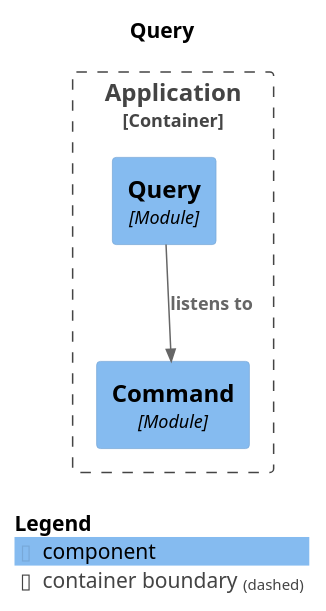
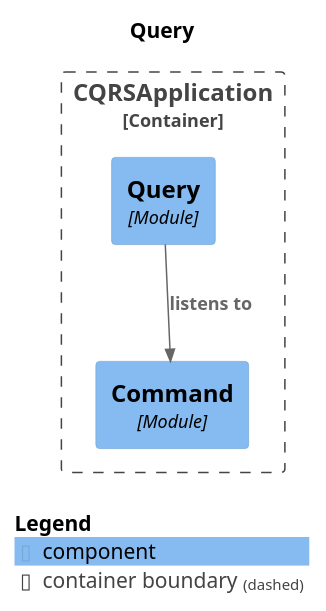
One commit to odrotbohm/cqrs-spring-modulith changed the diagram in generated-docs/uml/module-query.puml. Above: the diagram before and after it, drawn with PlantUML. The commit also changed 9 other files, not shown here.

```diff
--- a/generated-docs/uml/module-query.puml
+++ b/generated-docs/uml/module-query.puml
@@ -1,19 +1,19 @@
 @startuml
 set separator none
 title Query
 
 top to bottom direction
 
 !include <C4/C4>
 !include <C4/C4_Context>
 !include <C4/C4_Component>
 
-Container_Boundary("Application.Application_boundary", "Application", $tags="") {
-  Component(Application.Application.Command, "Command", $techn="Module", $descr="", $tags="", $link="")
-  Component(Application.Application.Query, "Query", $techn="Module", $descr="", $tags="", $link="")
+Container_Boundary("CQRSApplication.CQRSApplication_boundary", "CQRSApplication", $tags="") {
+  Component(CQRSApplication.CQRSApplication.Command, "Command", $techn="Module", $descr="", $tags="", $link="")
+  Component(CQRSApplication.CQRSApplication.Query, "Query", $techn="Module", $descr="", $tags="", $link="")
 }
 
-Rel(Application.Application.Query, Application.Application.Command, "listens to", $techn="", $tags="", $link="")
+Rel(CQRSApplication.CQRSApplication.Query, CQRSApplication.CQRSApplication.Command, "listens to", $techn="", $tags="", $link="")
 
 SHOW_LEGEND(true)
 @enduml
```
